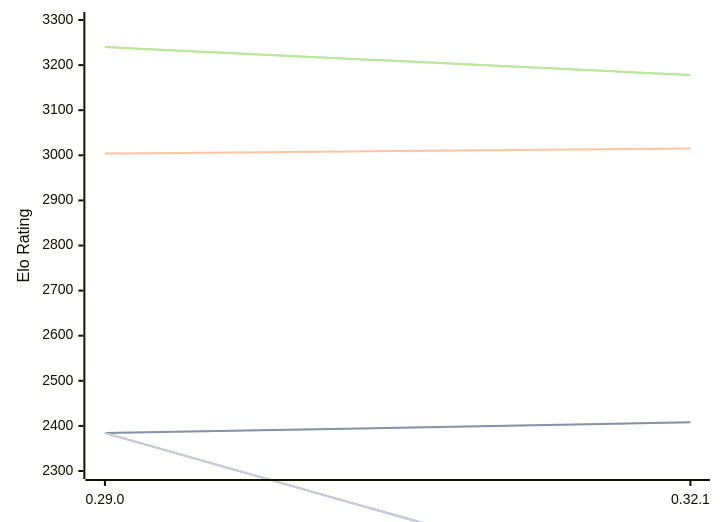
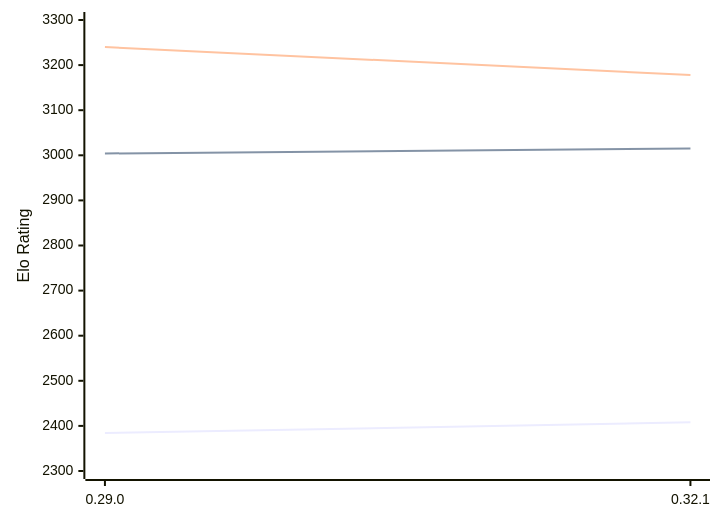
Before and after one commit to computer-chess-index/cci: the diagram in engines/Lc0.md, drawn with Mermaid. The commit also changed other lines of this file, not shown here.

````diff
--- a/engines/Lc0.md
+++ b/engines/Lc0.md
@@ -48,13 +48,9 @@
 ```mermaid
 %%{init: {"theme":"base","themeVariables":{"seriesColors:['#a3a3a3','#222221','#faa371']}}}%%
 xychart-beta
   x-axis ["0.29.0", "0.32.1"]
   y-axis "Elo Rating" 2300 --> 3300
-  line "" [2384, 2408]
   line "T1: STC (8.0+0.08s)" [2384, 2408]
   line "T1: LTC (60.0+0.60s)" [3004, 3015]
-  line "" [3240, 3178]
   line "T1: VLTC (2m24s+1.12s)" [3240, 3178]
-  line "" [2384,2017]
-  line "E1: STC (8.0+0.08s)" [2384,2017]
 ```
````
